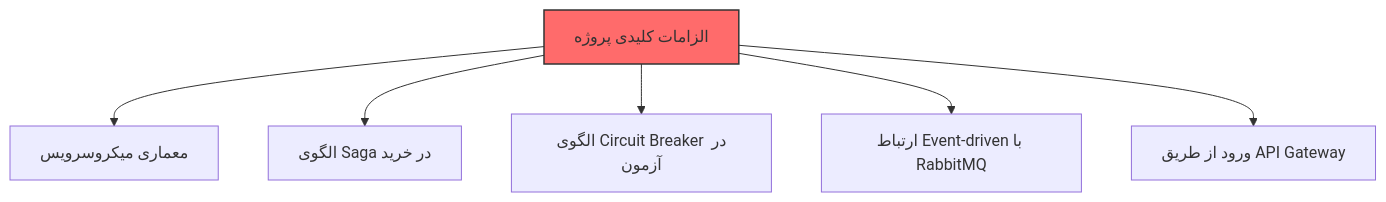
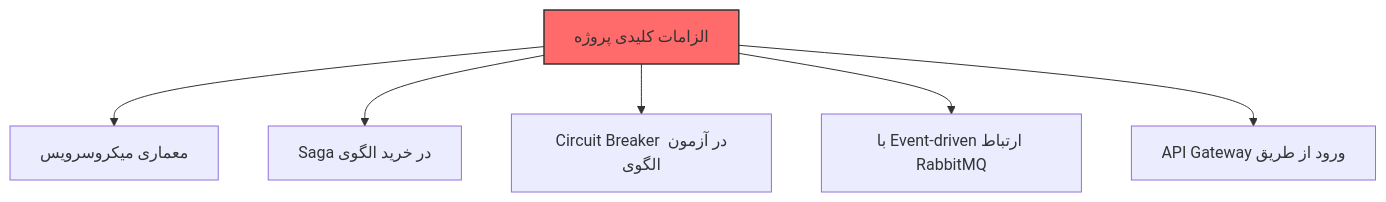
One commit to Amir-Goli-1383/test changed the first of 8 diagrams in README.md. Above: the diagram before and after it, drawn with Mermaid. The commit also changed other lines of this file, not shown here.

````diff
--- a/README.md
+++ b/README.md
@@ -27,9 +24,9 @@
 ```mermaid
 graph TD
     A[الزامات کلیدی پروژه] --> B[معماری میکروسرویس]
-    A --> C[الگوی Saga در خرید]
-    A --> D[الگوی Circuit Breaker در آزمون]
-    A --> E[ارتباط Event-driven با RabbitMQ]
-    A --> F[ورود از طریق API Gateway]
+    A --> C[ Saga در خرید الگوی]
+    A --> D[ Circuit Breaker در آزمون الگوی]
+    A --> E[با Event-driven ارتباط RabbitMQ ]
+    A --> F[ API Gateway ورود از طریق]
     style A fill:#ff6b6b,stroke:#333,stroke-width:1.5
 ```
````
